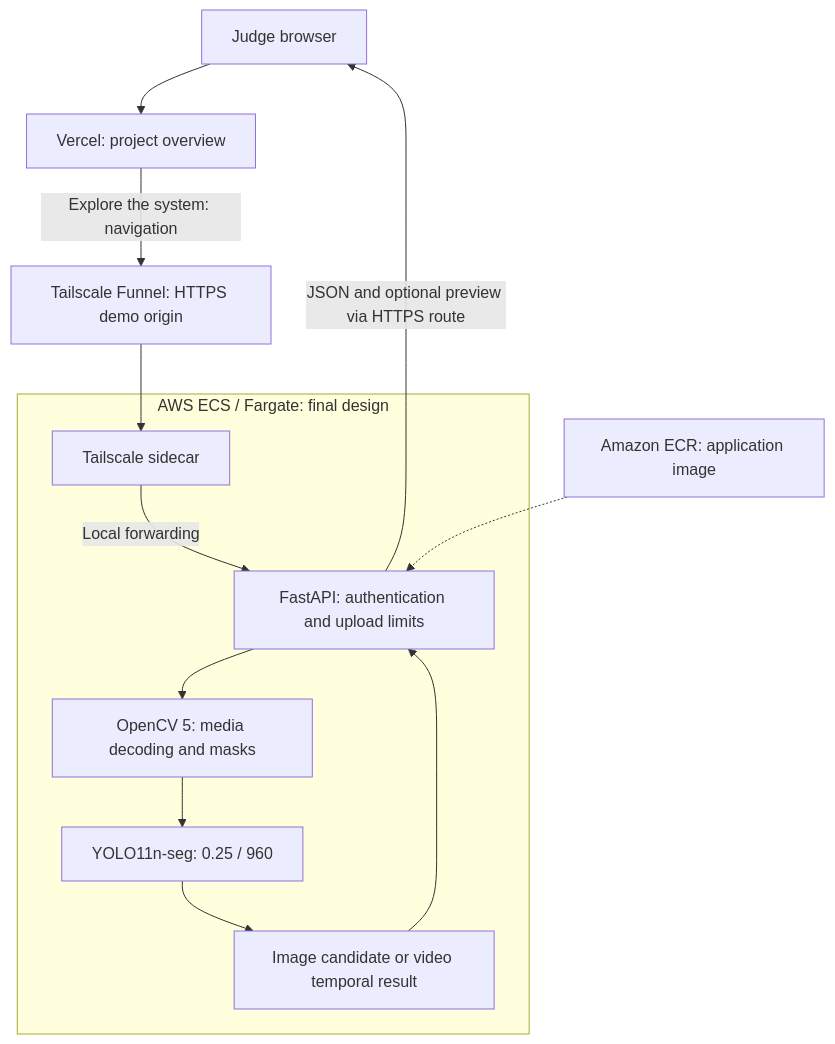
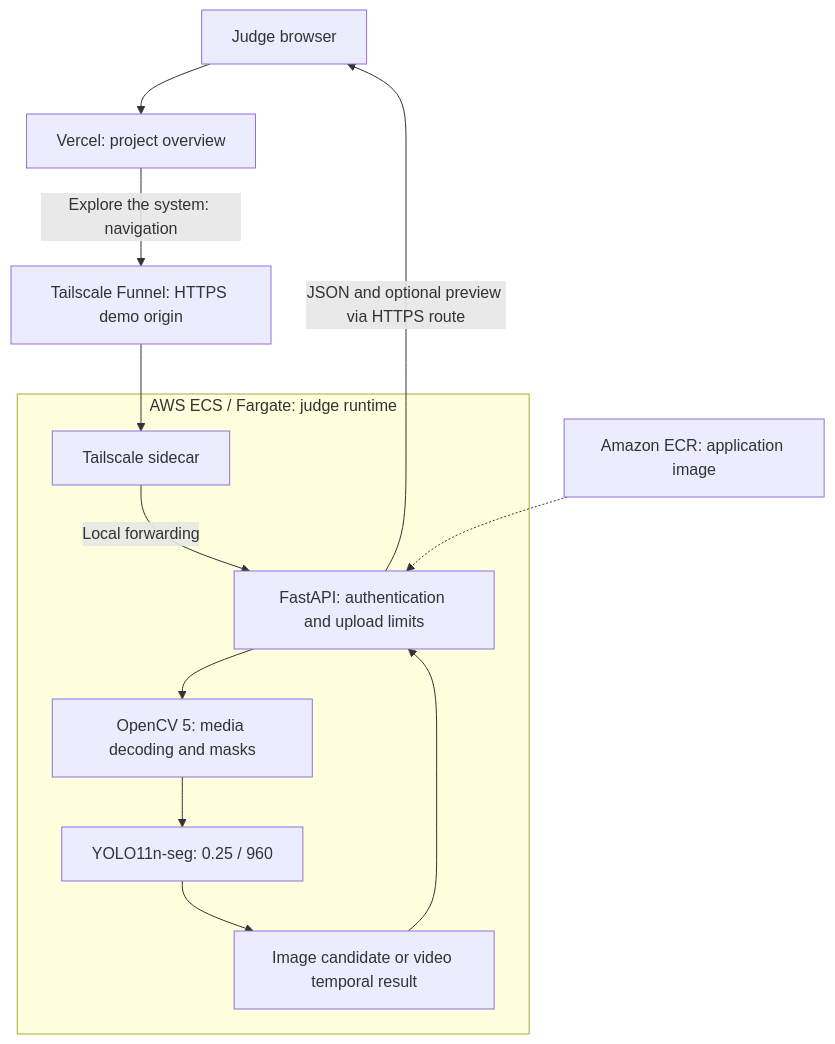
Before and after one commit to joa0lucassi/floodlens-ai: the diagram in docs/submission_architecture.md, drawn with Mermaid. The commit also changed other lines of this file and 5 other files, not shown here.

````diff
--- a/docs/submission_architecture.md
+++ b/docs/submission_architecture.md
@@ -9,15 +9,15 @@
 ```mermaid
 flowchart TB
   Browser["Judge browser"] --> Landing["Vercel: project overview"]
   Landing -->|"Explore the system: navigation"| Funnel["Tailscale Funnel: HTTPS demo origin"]
-  subgraph ECS["AWS ECS / Fargate: final design"]
+  subgraph ECS["AWS ECS / Fargate: judge runtime"]
     TS["Tailscale sidecar"] -->|"Local forwarding"| API["FastAPI: authentication and upload limits"]
     API --> CV["OpenCV 5: media decoding and masks"]
     CV --> YOLO["YOLO11n-seg: 0.25 / 960"]
     YOLO --> Logic["Image candidate or video temporal result"]
     Logic --> API
   end
   Funnel --> TS
   ECR["Amazon ECR: application image"] -.-> API
   API -->|"JSON and optional preview via HTTPS route"| Browser
 ```
````
